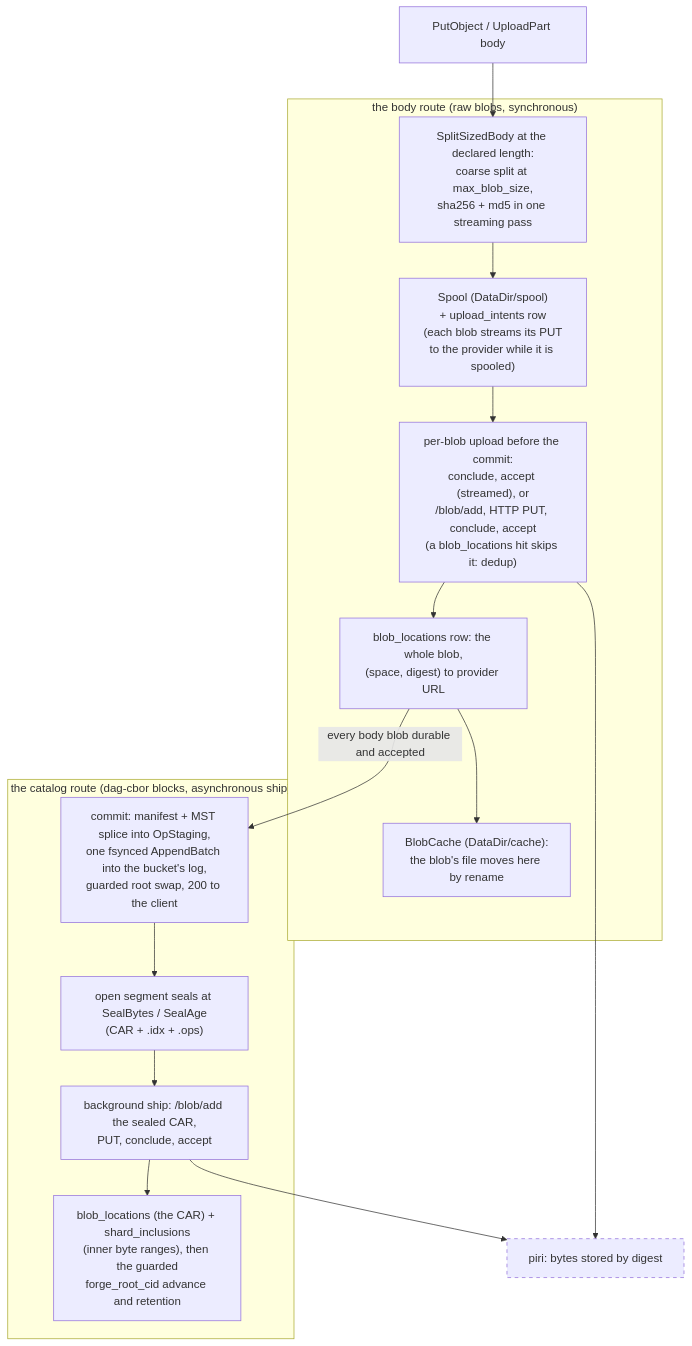
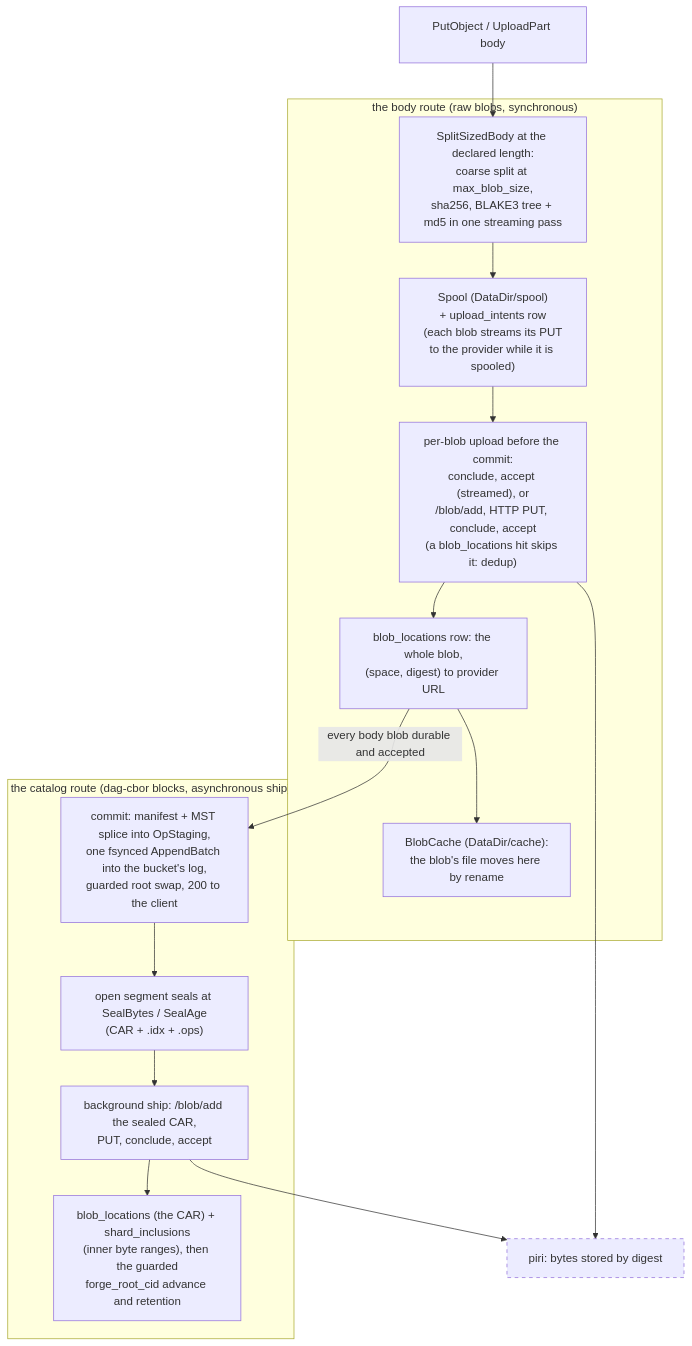
Before and after one commit to fil-forge/ingot: the third of 14 diagrams in docs/diagrams.md, drawn with Mermaid. The commit also changed other lines of this file and 24 other files, not shown here.

````diff
--- a/docs/diagrams.md
+++ b/docs/diagrams.md
@@ -174,31 +174,31 @@
 ```mermaid
 flowchart TB
     put["PutObject / UploadPart body"]
 
     subgraph bodyr["the body route (raw blobs, synchronous)"]
-        split["SplitSizedBody at the declared length:<br/>coarse split at max_blob_size,<br/>sha256 + md5 in one streaming pass"]
+        split["SplitSizedBody at the declared length:<br/>coarse split at max_blob_size,<br/>sha256, BLAKE3 tree + md5 in one streaming pass"]
         spool["Spool (DataDir/spool)<br/>+ upload_intents row<br/>(each blob streams its PUT<br/>to the provider while it is spooled)"]
         upload["per-blob upload before the commit:<br/>conclude, accept (streamed), or<br/>/blob/add, HTTP PUT, conclude, accept<br/>(a blob_locations hit skips it: dedup)"]
         bloc["blob_locations row: the whole blob,<br/>(space, digest) to provider URL"]
         cache["BlobCache (DataDir/cache):<br/>the blob's file moves here by rename"]
         split --> spool --> upload --> bloc --> cache
     end
 
     subgraph catr["the catalog route (dag-cbor blocks, asynchronous ship)"]
         commit["commit: manifest + MST splice into OpStaging,<br/>one fsynced AppendBatch into the bucket's log,<br/>guarded root swap, 200 to the client"]
         seal["open segment seals at SealBytes / SealAge<br/>(CAR + .idx + .ops)"]
         ship["background ship: /blob/add the sealed CAR,<br/>PUT, conclude, accept"]
         incl["blob_locations (the CAR) + shard_inclusions<br/>(inner byte ranges), then the guarded<br/>forge_root_cid advance and retention"]
         commit --> seal --> ship --> incl
     end
 
     piri["piri: bytes stored by digest"]
 
     put --> split
     bloc -->|"every body blob durable and accepted"| commit
     upload --> piri
     ship --> piri
 
     classDef external stroke-dasharray: 5 5
     class piri external
 ```
````
